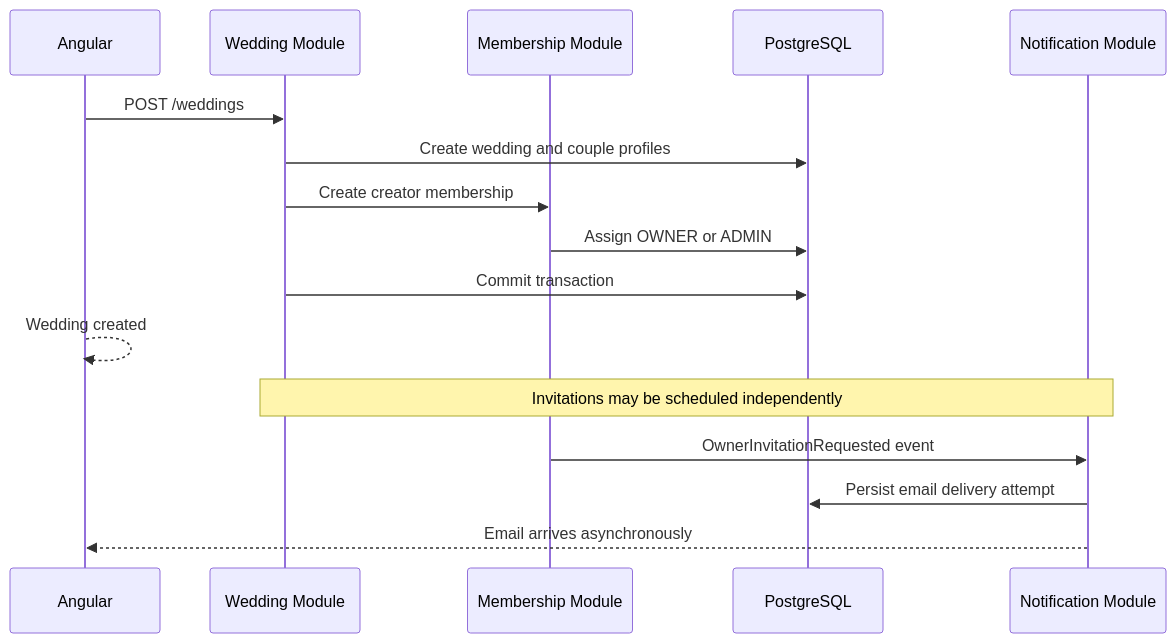
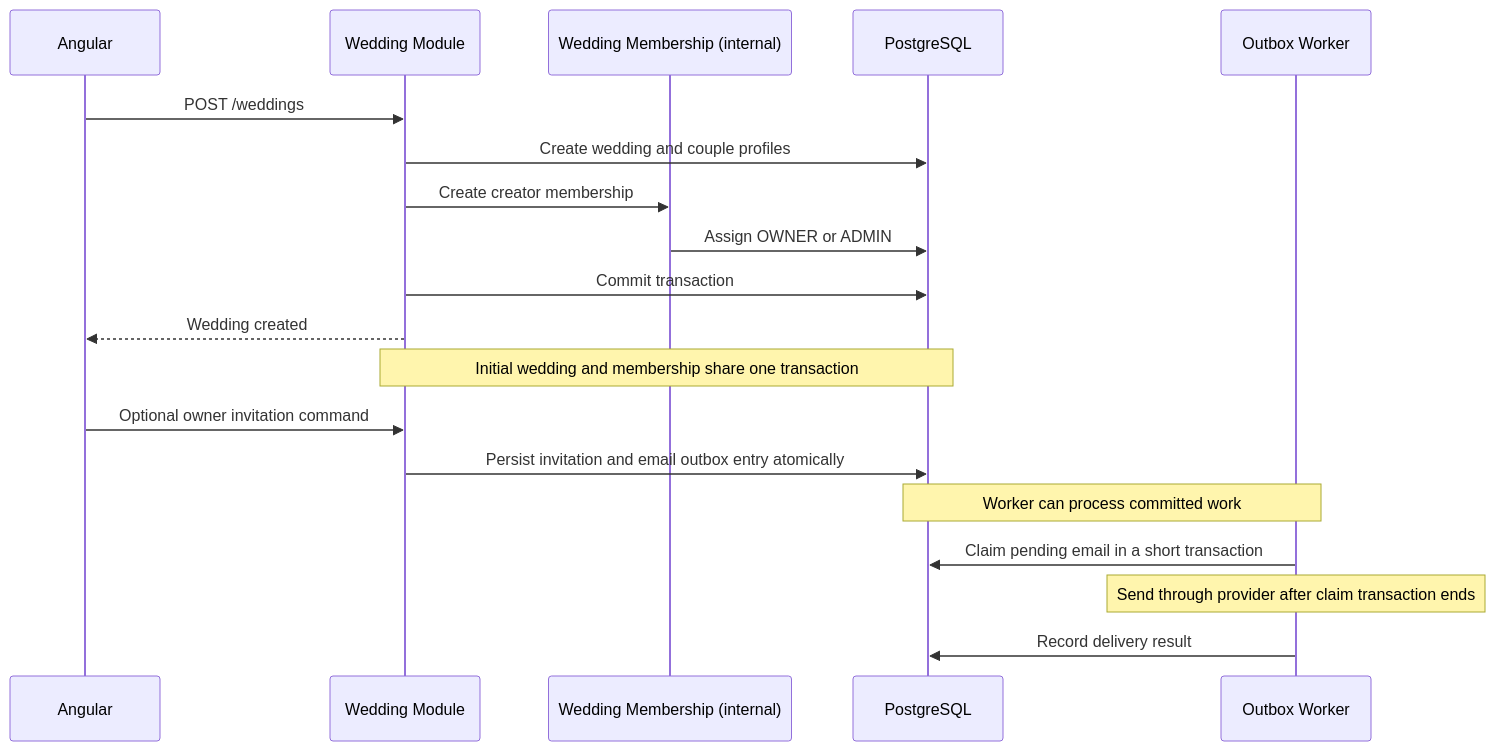
Before and after one commit to kotlinknight/letsmarry: the second of 3 diagrams in docs/02-system-architecture.md, drawn with Mermaid. The commit also changed other lines of this file and 76 other files, not shown here.

````diff
--- a/docs/02-system-architecture.md
+++ b/docs/02-system-architecture.md
@@ -147,18 +148,21 @@
 ```mermaid
 sequenceDiagram
     participant Client as Angular
     participant Wedding as Wedding Module
-    participant Membership as Membership Module
+    participant Membership as Wedding Membership (internal)
     participant DB as PostgreSQL
-    participant Notification as Notification Module
+    participant Notification as Outbox Worker
     Client->>Wedding: POST /weddings
     Wedding->>DB: Create wedding and couple profiles
     Wedding->>Membership: Create creator membership
     Membership->>DB: Assign OWNER or ADMIN
     Wedding->>DB: Commit transaction
-    Client-->>Client: Wedding created
-    Note over Wedding,Notification: Invitations may be scheduled independently
-    Membership->>Notification: OwnerInvitationRequested event
-    Notification->>DB: Persist email delivery attempt
-    Notification-->>Client: Email arrives asynchronously
+    Wedding-->>Client: Wedding created
+    Note over Wedding,DB: Initial wedding and membership share one transaction
+    Client->>Wedding: Optional owner invitation command
+    Wedding->>DB: Persist invitation and email outbox entry atomically
+    Note over DB,Notification: Worker can process committed work
+    Notification->>DB: Claim pending email in a short transaction
+    Note over Notification: Send through provider after claim transaction ends
+    Notification->>DB: Record delivery result
 ```
````
